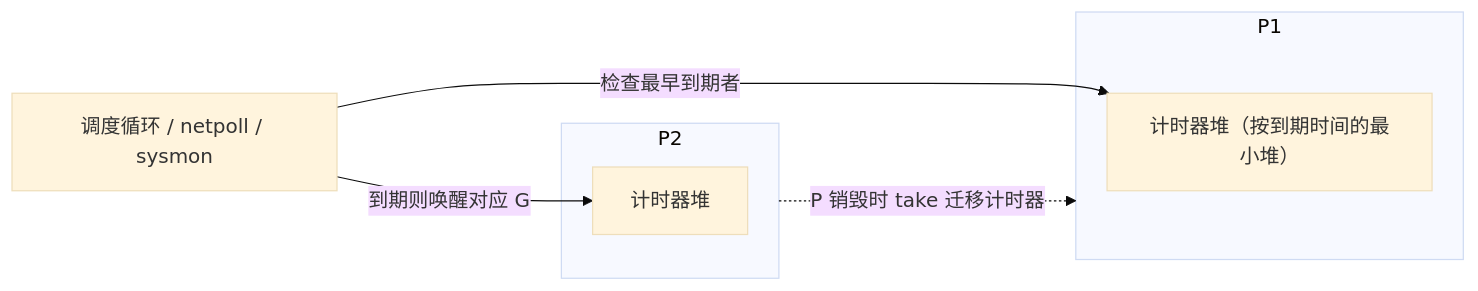
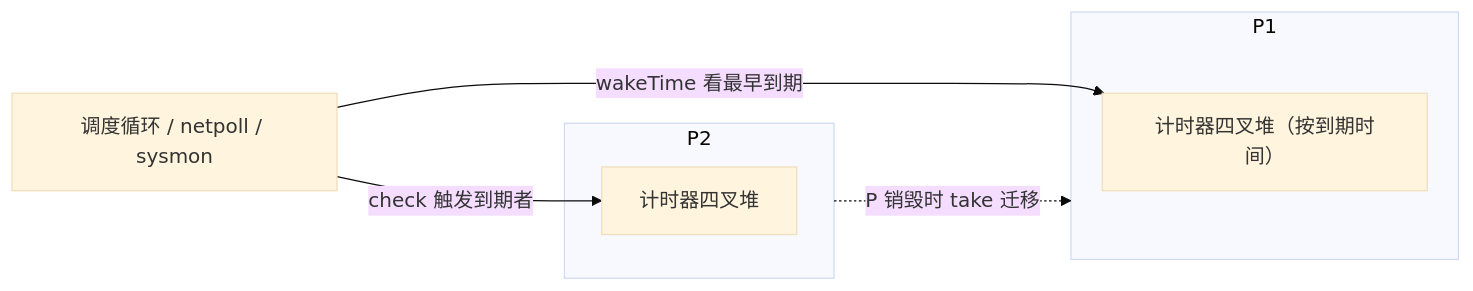
One commit to golang-design/under-the-hood changed the diagram in book/zh-cn/part3concurrency/ch09sched/timer.md. Above: the diagram before and after it, drawn with Mermaid (base theme). The commit also changed other lines of this file, not shown here.

````diff
--- a/book/zh-cn/part3concurrency/ch09sched/timer.md
+++ b/book/zh-cn/part3concurrency/ch09sched/timer.md
@@ -18,12 +49,12 @@
 ```mermaid
 flowchart LR
     subgraph P1[P1]
-      T1["计时器堆（按到期时间的最小堆）"]
+      T1["计时器四叉堆（按到期时间）"]
     end
     subgraph P2[P2]
-      T2["计时器堆"]
+      T2["计时器四叉堆"]
     end
-    SCHED["调度循环 / netpoll / sysmon"] -->|检查最早到期者| T1
-    SCHED -->|到期则唤醒对应 G| T2
-    P2 -. P 销毁时 take 迁移计时器 .-> P1
+    SCHED["调度循环 / netpoll / sysmon"] -->|wakeTime 看最早到期| T1
+    SCHED -->|check 触发到期者| T2
+    P2 -. P 销毁时 take 迁移 .-> P1
 ```
````
